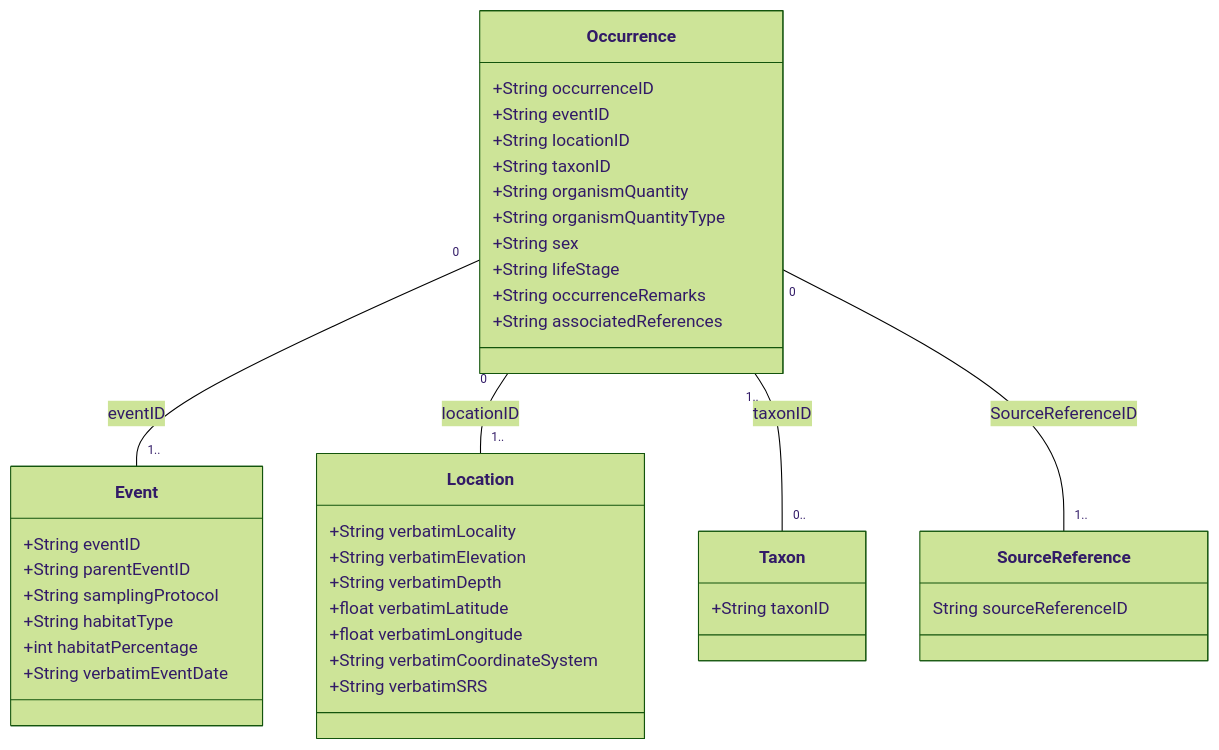
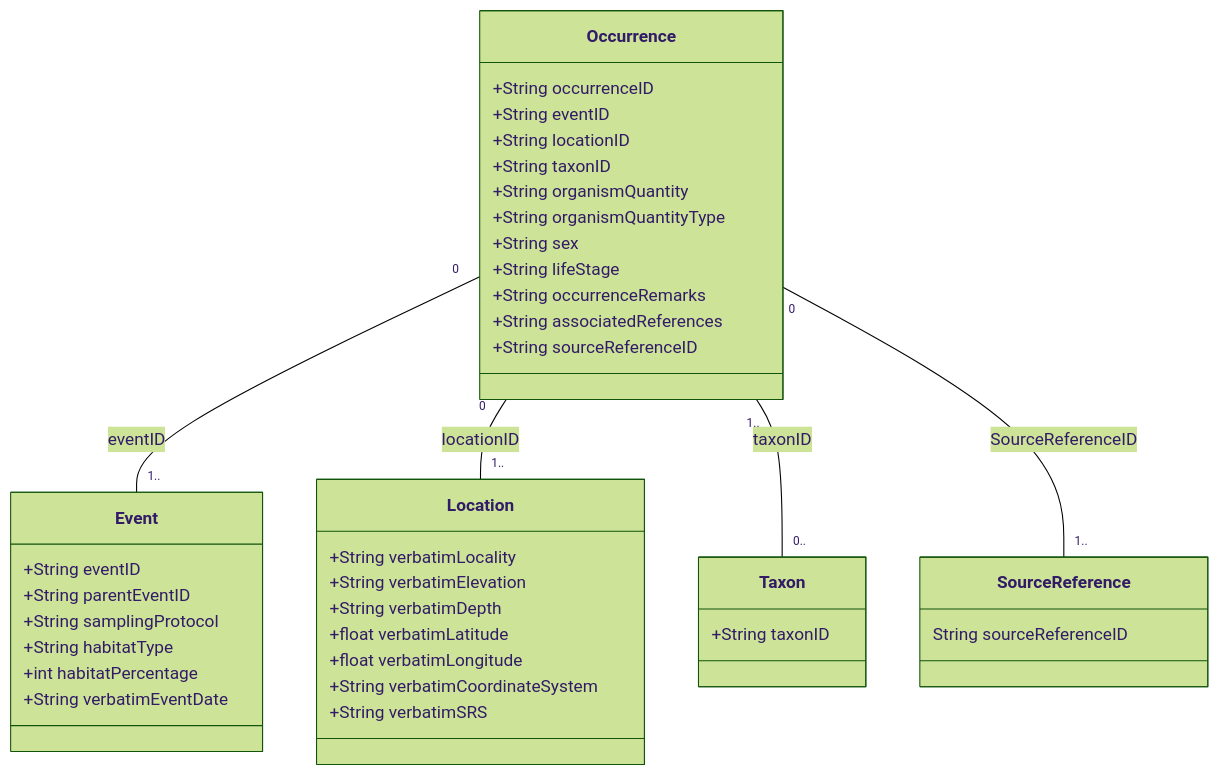
The diagram in documentation/models/models.md (karilint/mammalbase), drawn with Mermaid (forest theme) before and after one commit.

````diff
--- a/documentation/models/models.md
+++ b/documentation/models/models.md
@@ -1,43 +1,44 @@
 ```mermaid
 classDiagram
     class Occurrence {
 		+String occurrenceID
 		+String eventID
 		+String locationID
 		+String taxonID
 		+String organismQuantity
 		+String organismQuantityType
 		+String sex
 		+String lifeStage
 		+String occurrenceRemarks
 		+String associatedReferences
+		+String sourceReferenceID
     }
     class Event {
 		+String eventID
 		+String parentEventID
 		+String samplingProtocol
 		+String habitatType
 		+int habitatPercentage
 		+String verbatimEventDate
     }
     class Location {
       	+String verbatimLocality
 		+String verbatimElevation
 		+String verbatimDepth
 		+float verbatimLatitude
 		+float verbatimLongitude
 		+String verbatimCoordinateSystem
 		+String verbatimSRS
     }
     class Taxon {
       	+String taxonID
     }
 	class SourceReference {
 		String sourceReferenceID
 	}
 
     Occurrence "0" -- "1.." Event : eventID
     Occurrence "0" -- "1.." Location : locationID
     Occurrence "1.." -- "0.." Taxon : taxonID
 	Occurrence "0" -- "1.." SourceReference : SourceReferenceID
 ```
````
